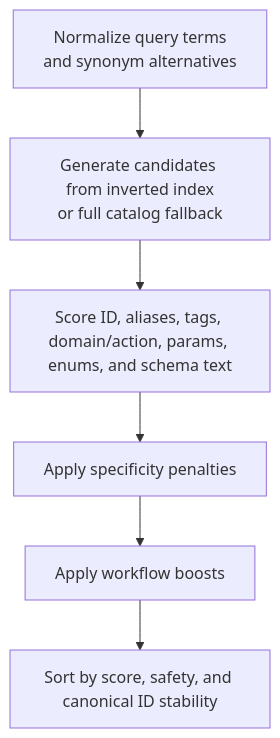
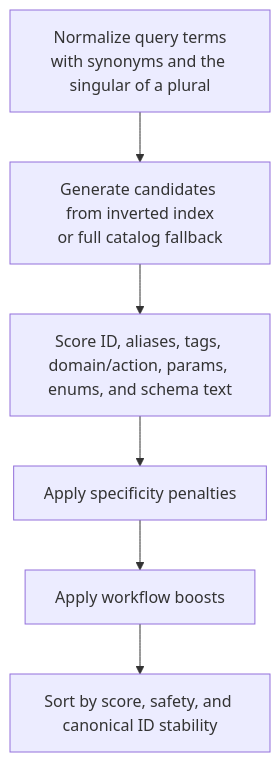
Before and after one commit to jmrplens/gitlab-mcp-server: the second of 3 diagrams in docs/development/dynamic-search-ranker.md, drawn with Mermaid. The commit also changed other lines of this file and 2 other files, not shown here.

First line of the commit message:
docs: describe how find matches a plural to its singular

````diff
--- a/docs/development/dynamic-search-ranker.md
+++ b/docs/development/dynamic-search-ranker.md
@@ -145,11 +164,11 @@
 ```mermaid
 flowchart TD
-    query[Normalize query terms\nand synonym alternatives]
+    query[Normalize query terms\nwith synonyms and the singular of a plural]
     candidates[Generate candidates from inverted index\nor full catalog fallback]
     score[Score ID, aliases, tags, domain/action, params, enums, and schema text]
     penalties[Apply specificity penalties]
     boosts[Apply workflow boosts]
     sort[Sort by score, safety, and canonical ID stability]
 
     query --> candidates --> score --> penalties --> boosts --> sort
 ```
````
